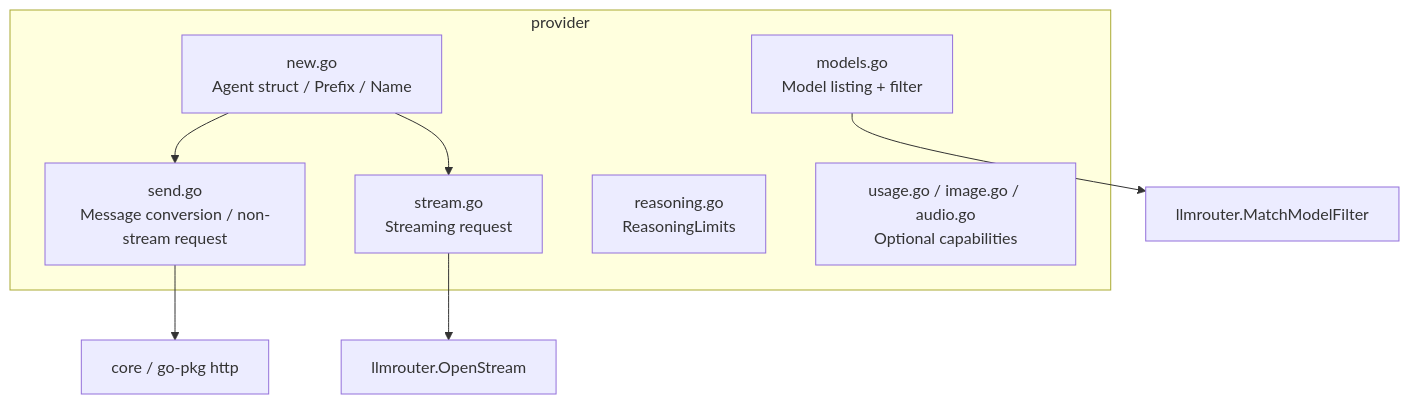
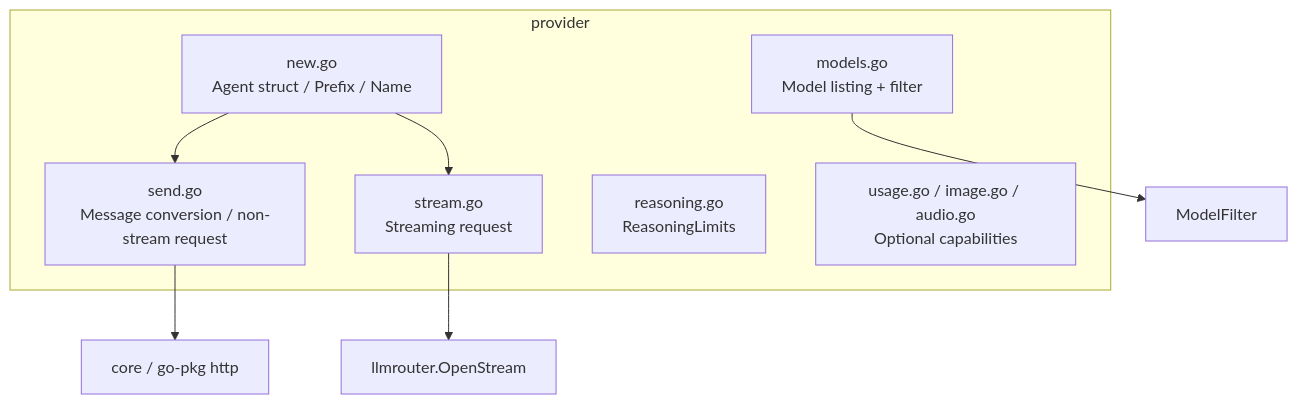
The fourth of 11 diagrams in doc/architecture.md (pardnchiu/go-llm-router), drawn with Mermaid before and after one commit. The commit also changed other lines of this file and 5 other files, not shown here.

````diff
--- a/doc/architecture.md
+++ b/doc/architecture.md
@@ -95,16 +95,16 @@
 ```mermaid
 graph TB
     subgraph provider
         New[new.go<br/>Agent struct / Prefix / Name]
         Send[send.go<br/>Message conversion / non-stream request]
         StreamFile[stream.go<br/>Streaming request]
         Models[models.go<br/>Model listing + filter]
         ReasoningFile[reasoning.go<br/>ReasoningLimits]
         Extra[usage.go / image.go / audio.go<br/>Optional capabilities]
     end
     New --> Send
     New --> StreamFile
     Send --> CoreHTTP[core / go-pkg http]
     StreamFile --> CoreStream[llmrouter.OpenStream]
-    Models --> Filter[llmrouter.MatchModelFilter]
+    Models --> Filter[ModelFilter]
 ```
````
